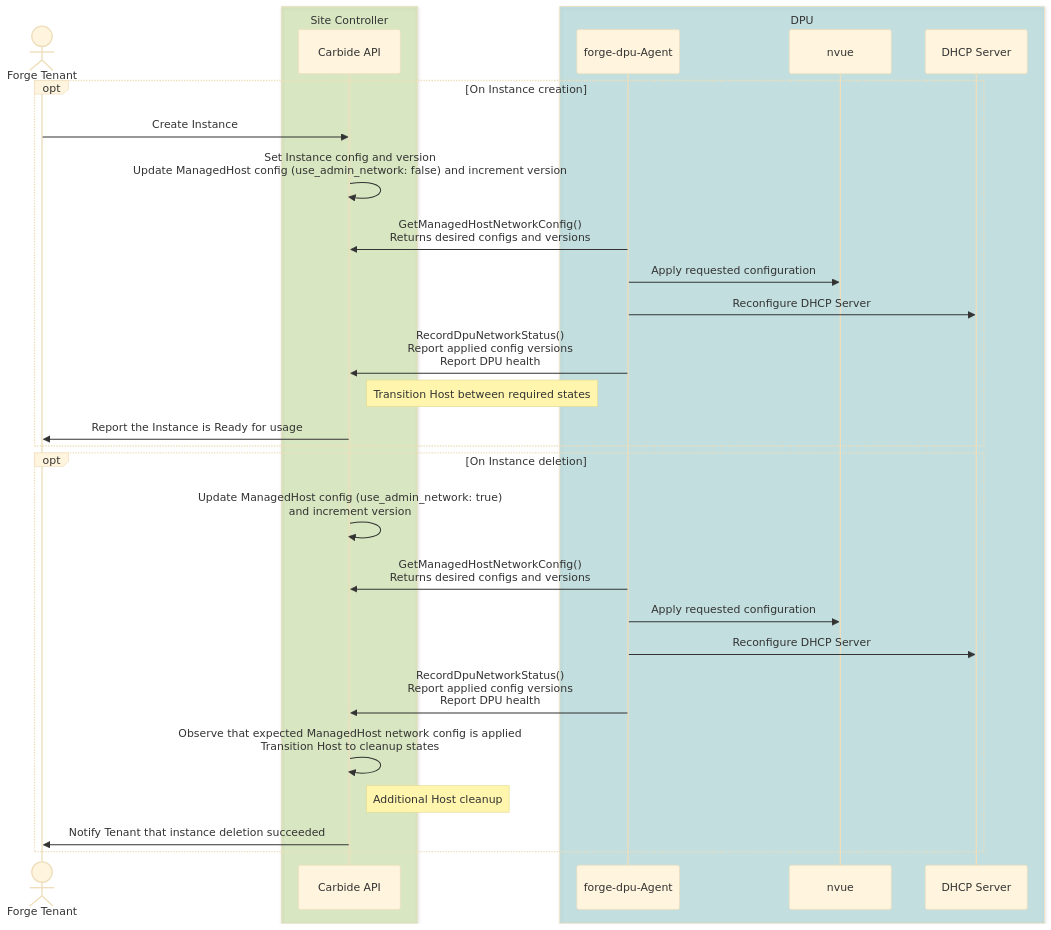
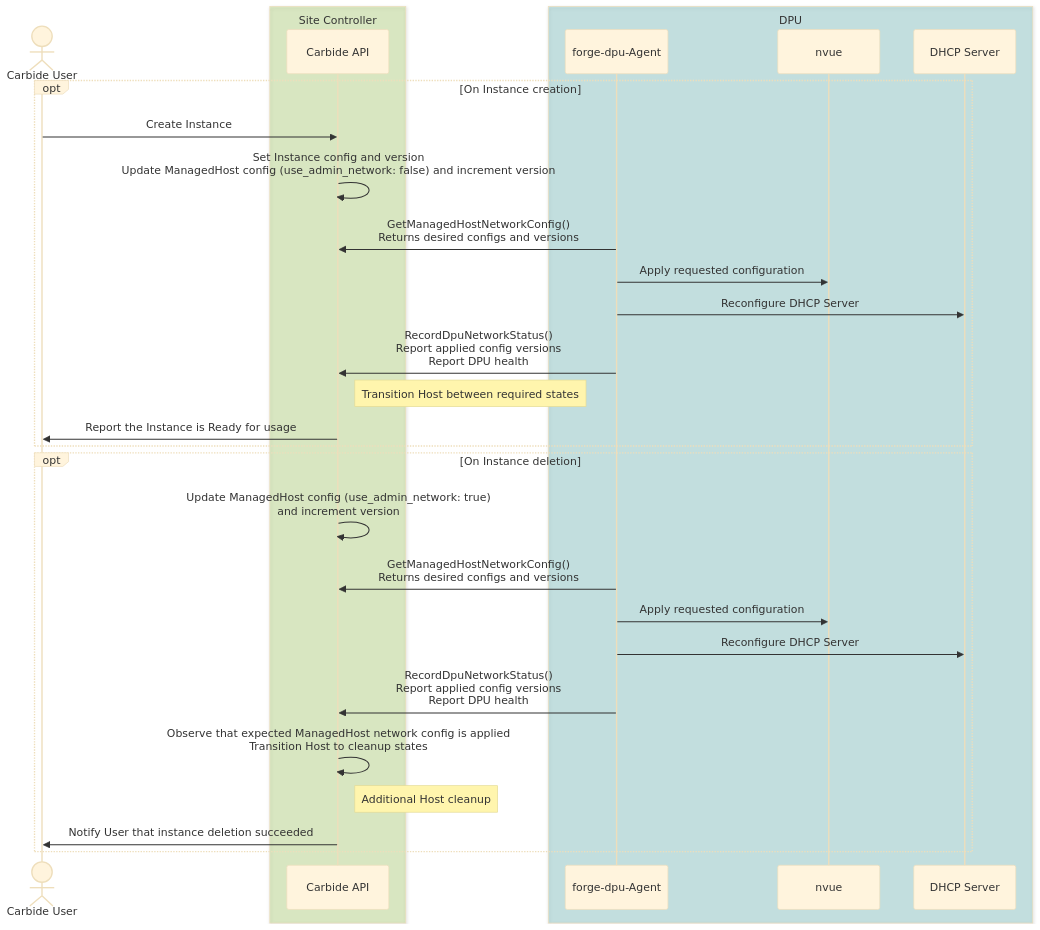
One commit to NVIDIA/bare-metal-manager-core changed the second of 2 diagrams in book/src/architecture/dpu_configuration.md. Above: the diagram before and after it, drawn with Mermaid (base theme). The commit also changed other lines of this file and 84 other files, not shown here.

````diff
--- a/book/src/architecture/dpu_configuration.md
+++ b/book/src/architecture/dpu_configuration.md
@@ -61,36 +59,36 @@
 ```mermaid
 sequenceDiagram
-    actor Tenant as Forge Tenant
+    actor User as Carbide User
 
     box rgba(118, 185, 0, .2) Site Controller
         participant Carbide as Carbide API
     end
 
     box rgba(8, 143, 143, .2) DPU
         participant Agent as forge-dpu-Agent
         participant Nvue as nvue
         participant Dhcp as DHCP Server
     end
 
     opt On Instance creation
-        Tenant ->> Carbide: Create Instance
+        User ->> Carbide: Create Instance
         Carbide ->> Carbide: Set Instance config and version<br>Update ManagedHost config (use_admin_network: false) and increment version
         Agent->>Carbide: GetManagedHostNetworkConfig()<br>Returns desired configs and versions
         Agent->>Nvue: Apply requested configuration
         Agent->>Dhcp: Reconfigure DHCP Server
         Agent->>Carbide: RecordDpuNetworkStatus()<br>Report applied config versions<br>Report DPU health
         Note right of Carbide: Transition Host between required states
-        Carbide ->> Tenant: Report the Instance is Ready for usage
+        Carbide ->> User: Report the Instance is Ready for usage
     end
 
     opt On Instance deletion
         Carbide ->> Carbide: Update ManagedHost config (use_admin_network: true)<br>and increment version
         Agent->>Carbide: GetManagedHostNetworkConfig()<br>Returns desired configs and versions
         Agent->>Nvue: Apply requested configuration
         Agent->>Dhcp: Reconfigure DHCP Server
         Agent->>Carbide: RecordDpuNetworkStatus()<br>Report applied config versions<br>Report DPU health
         Carbide->>Carbide: Observe that expected ManagedHost network config is applied<br>Transition Host to cleanup states
         Note right of Carbide: Additional Host cleanup
-        Carbide ->> Tenant: Notify Tenant that instance deletion succeeded
+        Carbide ->> User: Notify User that instance deletion succeeded
     end
 ```
````
